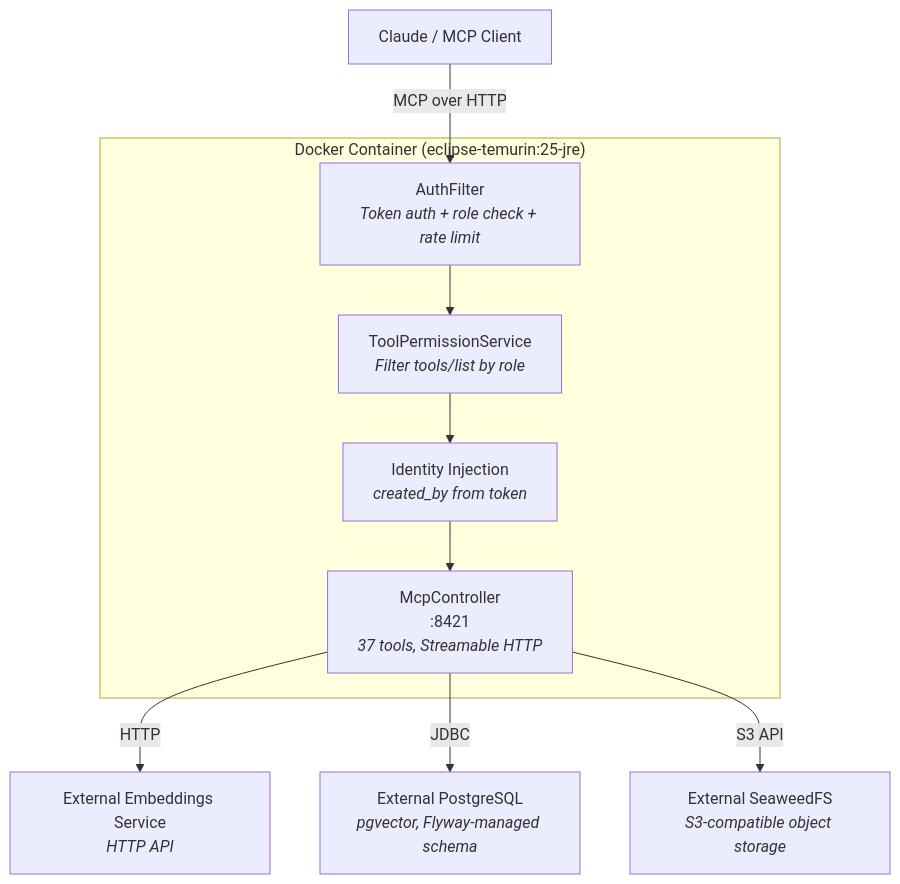
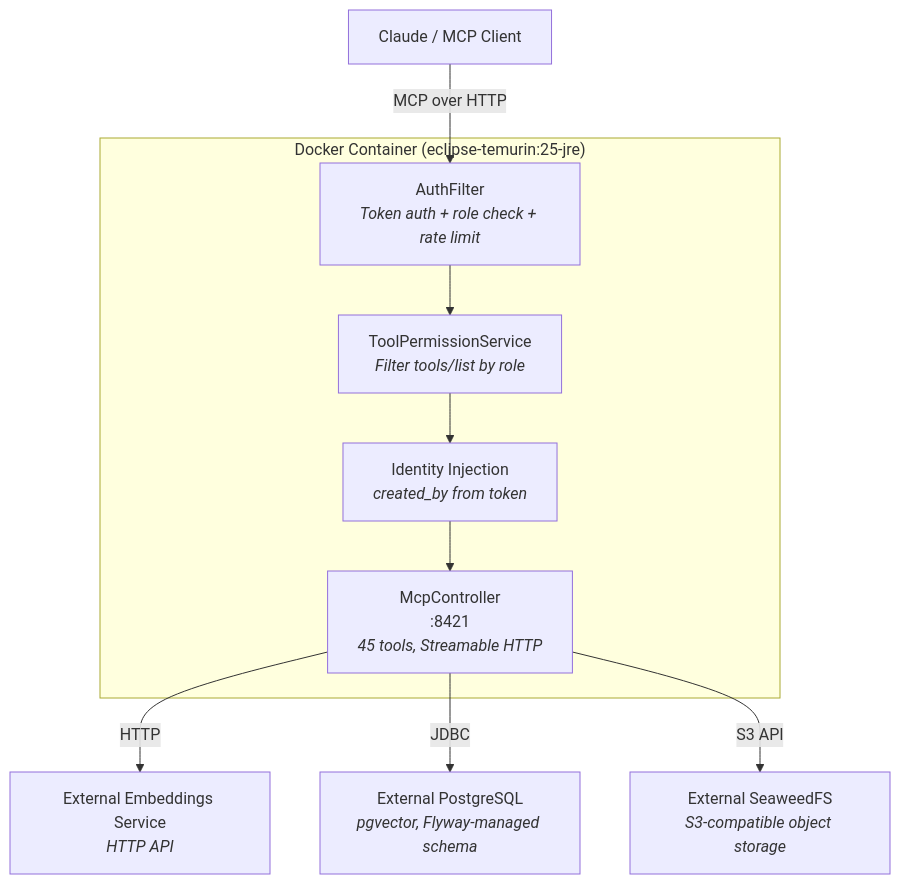
One commit to ufelmann/HiveMem changed the first of 2 diagrams in documentation/architecture.md. Above: the diagram before and after it, drawn with Mermaid. The commit also changed other lines of this file and 3 other files, not shown here.

````diff
--- a/documentation/architecture.md
+++ b/documentation/architecture.md
@@ -3,23 +3,23 @@
 ```mermaid
 graph TB
     Client["Claude / MCP Client"]
 
     subgraph Container["Docker Container (eclipse-temurin:25-jre)"]
         Auth["AuthFilter<br/><i>Token auth + role check + rate limit</i>"]
         ToolGate["ToolPermissionService<br/><i>Filter tools/list by role</i>"]
         Identity["Identity Injection<br/><i>created_by from token</i>"]
-        MCP["McpController<br/>:8421<br/><i>37 tools, Streamable HTTP</i>"]
+        MCP["McpController<br/>:8421<br/><i>45 tools, Streamable HTTP</i>"]
     end
 
     EmbSvc["External Embeddings Service<br/><i>HTTP API</i>"]
     PG["External PostgreSQL<br/><i>pgvector, Flyway-managed schema</i>"]
     SeaweedFS["External SeaweedFS<br/><i>S3-compatible object storage</i>"]
 
     Client -->|"MCP over HTTP"| Auth
     Auth --> ToolGate
     ToolGate --> Identity
     Identity --> MCP
     MCP -->|"HTTP"| EmbSvc
     MCP -->|"JDBC"| PG
     MCP -->|"S3 API"| SeaweedFS
 ```
````
